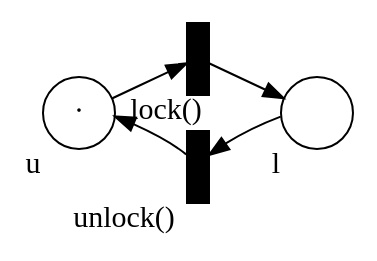
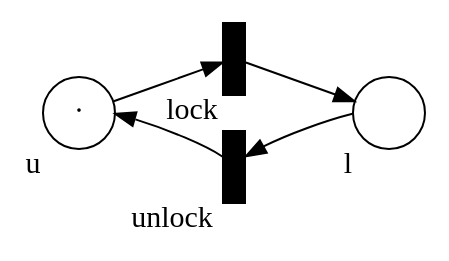
The diagram in concurrency_theory_2018/notes_3.md (dzufferey/dzufferey.github.io), drawn with Graphviz before and after one commit. The commit also changed other lines of this file, not shown here.

````diff
--- a/concurrency_theory_2018/notes_3.md
+++ b/concurrency_theory_2018/notes_3.md
@@ -42,19 +42,20 @@
 ```graphviz
 digraph PN{
   rankdir=LR
+  ranksep=0.75;
   node [shape = circle, fixedsize = true, width = 0.5, fontsize = 15];
   p1 [label="∙", xlabel="u" ];
   p2 [label="", xlabel="l" ];
   node [shape = box, label = "", style = filled, fillcolor = black, fixedsize = true, width = 0.15, fontsize=15];  
-  t1[xlabel="lock()"];
-  t2[xlabel="unlock()"];
+  t1[xlabel="lock"];
+  t2[xlabel="unlock"];
   p1 -> t1;
   t1 -> p2;
   edge [style = invis];
   p1 -> t2;
   t2 -> p2;
   edge [style = default, constraint = false];
   p2 -> t2;
   t2 -> p1;
 }
 ```
````
